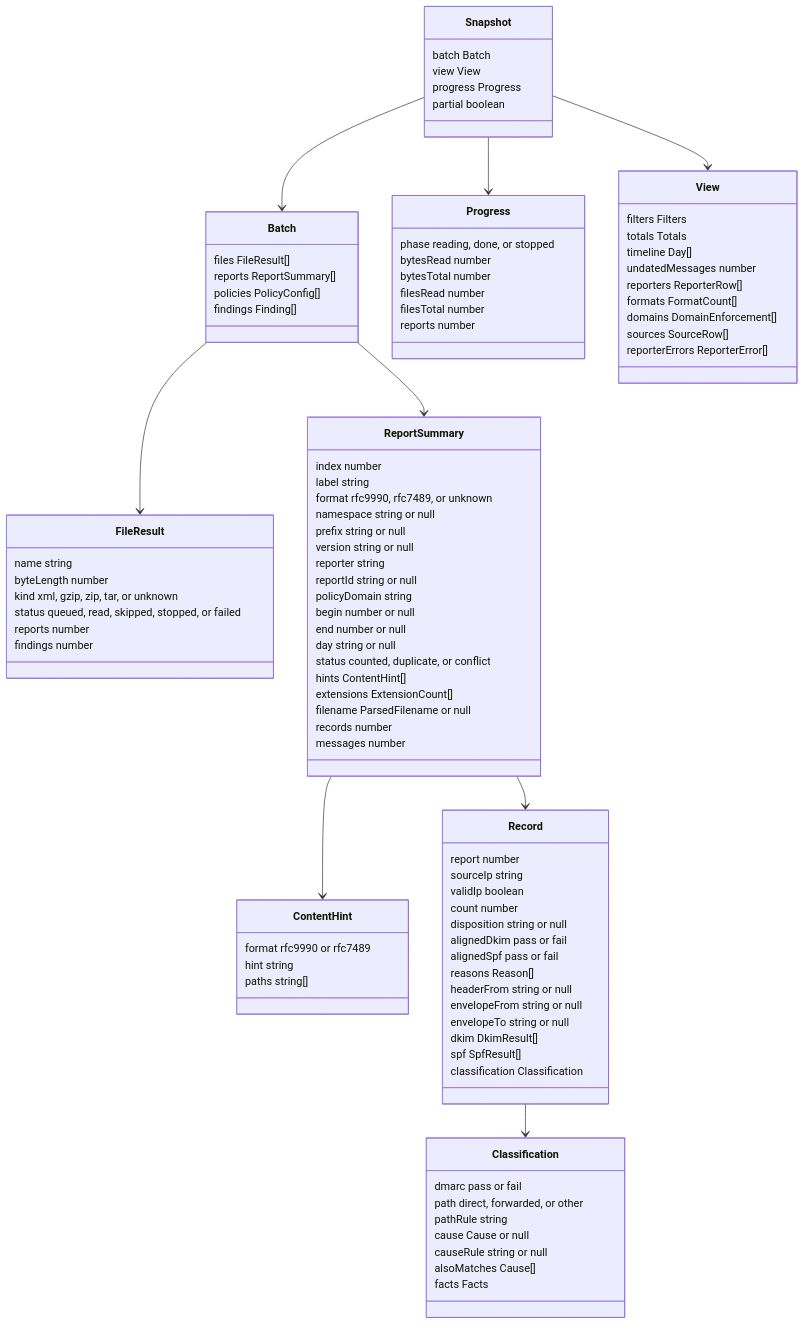
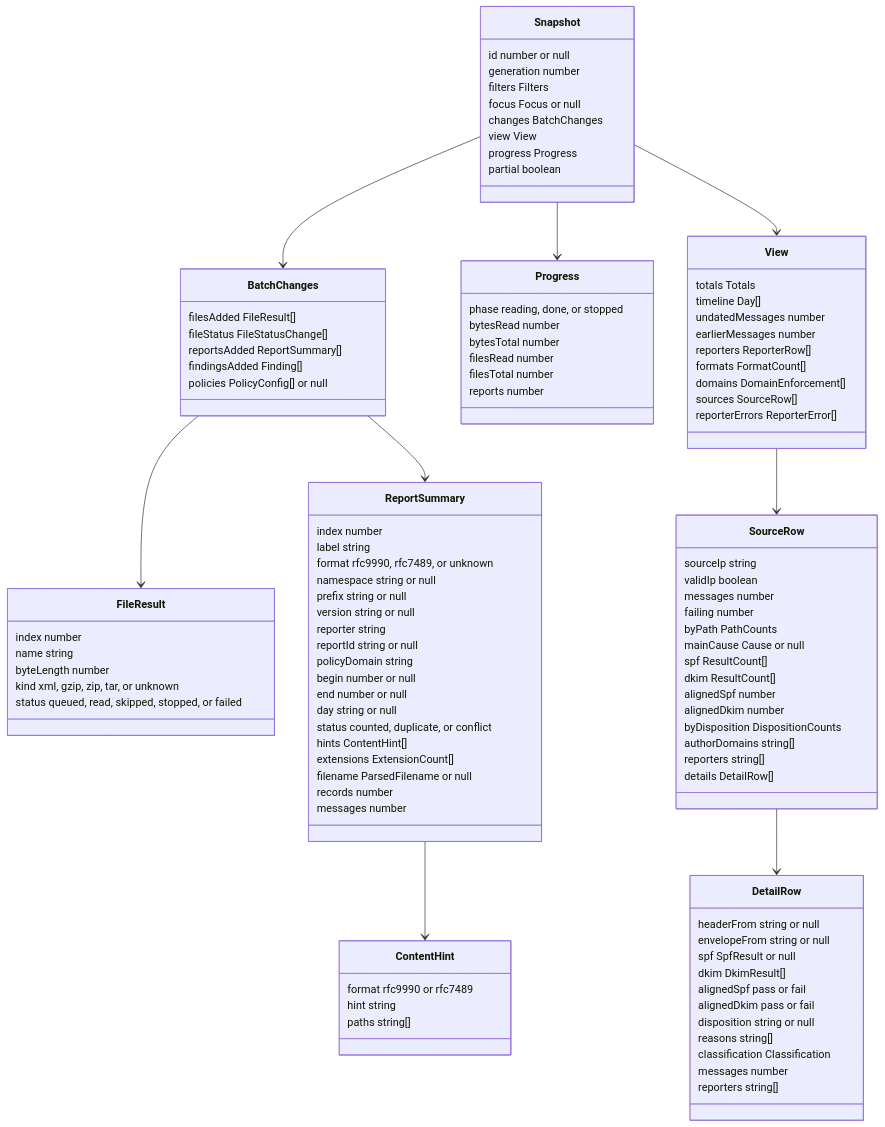
The first of 2 diagrams in docs/reference/dmarc-aggregate/report.md (photom/benchside), drawn with Mermaid before and after one commit. The commit also changed other lines of this file and 9 other files, not shown here.

````diff
--- a/docs/reference/dmarc-aggregate/report.md
+++ b/docs/reference/dmarc-aggregate/report.md
@@ -7,18 +9,28 @@
 ```mermaid
 classDiagram
-  class Batch {
-    files FileResult[]
-    reports ReportSummary[]
-    policies PolicyConfig[]
-    findings Finding[]
+  class Snapshot {
+    id number or null
+    generation number
+    filters Filters
+    focus Focus or null
+    changes BatchChanges
+    view View
+    progress Progress
+    partial boolean
+  }
+  class BatchChanges {
+    filesAdded FileResult[]
+    fileStatus FileStatusChange[]
+    reportsAdded ReportSummary[]
+    findingsAdded Finding[]
+    policies PolicyConfig[] or null
   }
   class FileResult {
+    index number
     name string
     byteLength number
     kind xml, gzip, zip, tar, or unknown
     status queued, read, skipped, stopped, or failed
-    reports number
-    findings number
   }
   class ReportSummary {
     index number
@@ -45,37 +57,6 @@
     hint string
     paths string[]
   }
-  class Record {
-    report number
-    sourceIp string
-    validIp boolean
-    count number
-    disposition string or null
-    alignedDkim pass or fail
-    alignedSpf pass or fail
-    reasons Reason[]
-    headerFrom string or null
-    envelopeFrom string or null
-    envelopeTo string or null
-    dkim DkimResult[]
-    spf SpfResult[]
-    classification Classification
-  }
-  class Classification {
-    dmarc pass or fail
-    path direct, forwarded, or other
-    pathRule string
-    cause Cause or null
-    causeRule string or null
-    alsoMatches Cause[]
-    facts Facts
-  }
-  class Snapshot {
-    batch Batch
-    view View
-    progress Progress
-    partial boolean
-  }
   class Progress {
     phase reading, done, or stopped
     bytesRead number
@@ -85,22 +66,51 @@
     reports number
   }
   class View {
-    filters Filters
     totals Totals
     timeline Day[]
     undatedMessages number
+    earlierMessages number
     reporters ReporterRow[]
     formats FormatCount[]
     domains DomainEnforcement[]
     sources SourceRow[]
     reporterErrors ReporterError[]
   }
-  Snapshot --> Batch
+  class SourceRow {
+    sourceIp string
+    validIp boolean
+    messages number
+    failing number
+    byPath PathCounts
+    mainCause Cause or null
+    spf ResultCount[]
+    dkim ResultCount[]
+    alignedSpf number
+    alignedDkim number
+    byDisposition DispositionCounts
+    authorDomains string[]
+    reporters string[]
+    details DetailRow[]
+  }
+  class DetailRow {
+    headerFrom string or null
+    envelopeFrom string or null
+    spf SpfResult or null
+    dkim DkimResult[]
+    alignedSpf pass or fail
+    alignedDkim pass or fail
+    disposition string or null
+    reasons string[]
+    classification Classification
+    messages number
+    reporters string[]
+  }
+  Snapshot --> BatchChanges
   Snapshot --> View
   Snapshot --> Progress
-  Batch --> FileResult
-  Batch --> ReportSummary
+  BatchChanges --> FileResult
+  BatchChanges --> ReportSummary
   ReportSummary --> ContentHint
-  ReportSummary --> Record
-  Record --> Classification
+  View --> SourceRow
+  SourceRow --> DetailRow
 ```
````
